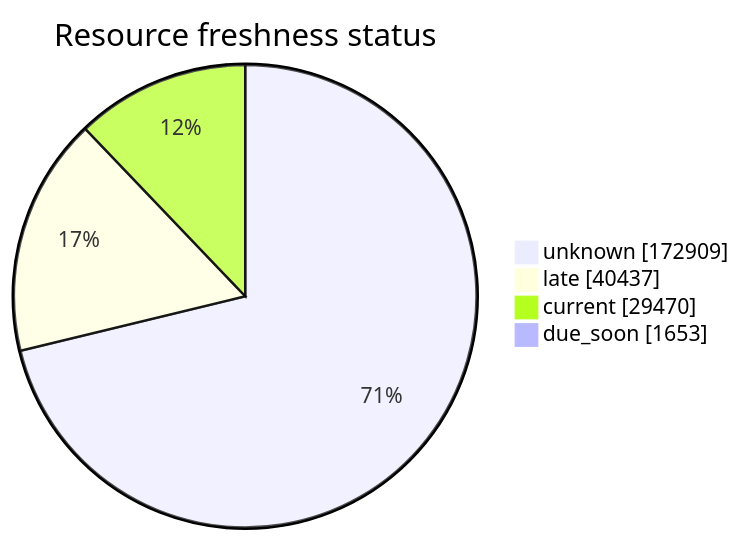
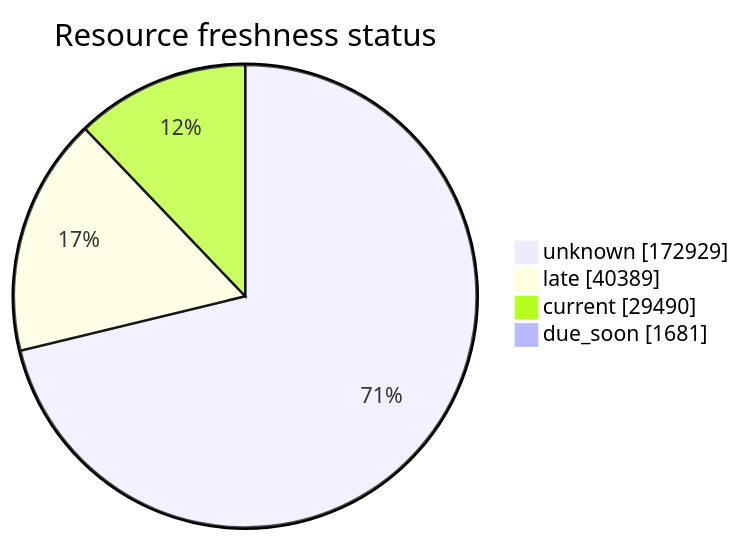
One commit to open-data/analytics-corporate-reporting changed the third of 5 diagrams in FreshCheck/README.md. Above: the diagram before and after it, drawn with Mermaid. The commit also changed other lines of this file and 3 other files, not shown here.

````diff
--- a/FreshCheck/README.md
+++ b/FreshCheck/README.md
@@ -78,7 +78,7 @@
 ```mermaid
 pie showData title Resource freshness status
-    "unknown": 172909
-    "late": 40437
-    "current": 29470
-    "due_soon": 1653
+    "unknown": 172929
+    "late": 40389
+    "current": 29490
+    "due_soon": 1681
 ```
````
